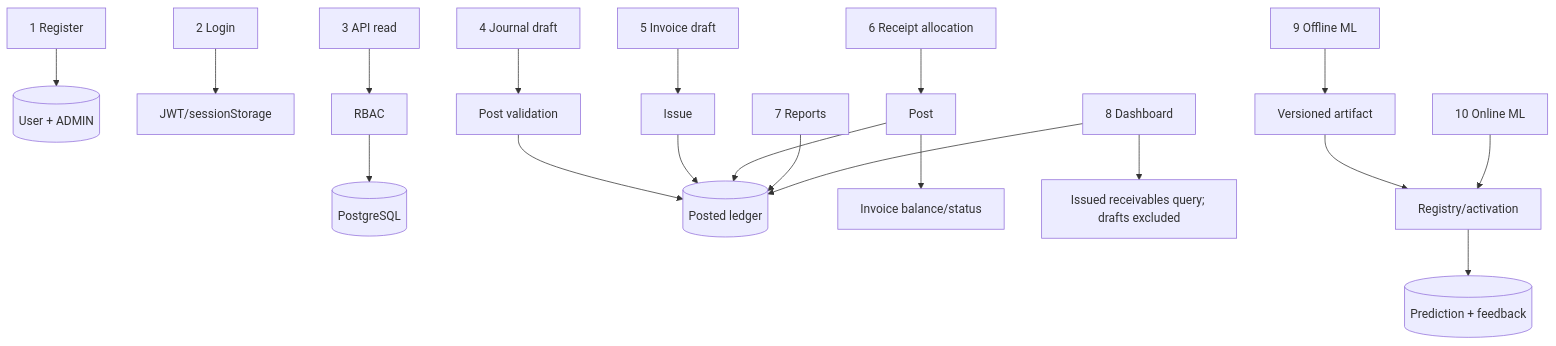
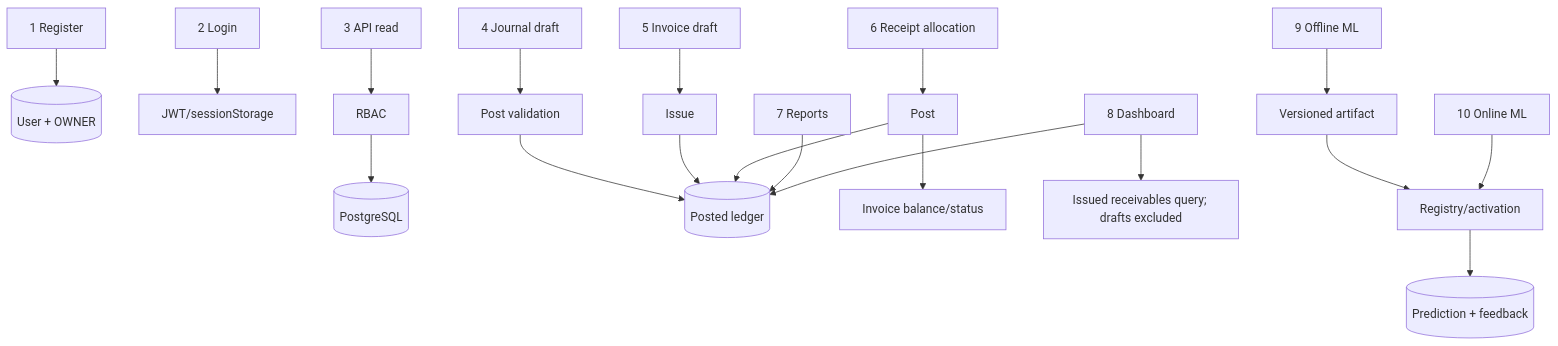
Before and after one commit to koushan123/azari-web-app: diagram 11 of 15 in HOW_THE_PROJECT_WORKS.md, drawn with Mermaid. The commit also changed other lines of this file and 12 other files, not shown here.

Commit message:
Fix critical access-control gap: registration grants OWNER not ADMIN

````diff
--- a/HOW_THE_PROJECT_WORKS.md
+++ b/HOW_THE_PROJECT_WORKS.md
@@ -775,15 +775,15 @@
 ```mermaid
 flowchart TB
-    F1[1 Register] --> U[(User + ADMIN)]
+    F1[1 Register] --> U[(User + OWNER)]
     F2[2 Login] --> JWT[JWT/sessionStorage]
     F3[3 API read] --> RBAC[RBAC] --> DB[(PostgreSQL)]
     F4[4 Journal draft] --> POST[Post validation] --> LEDGER[(Posted ledger)]
     F5[5 Invoice draft] --> ISSUE[Issue] --> LEDGER
     F6[6 Receipt allocation] --> PAY[Post] --> LEDGER
     PAY --> BAL[Invoice balance/status]
     F7[7 Reports] --> LEDGER
     F8[8 Dashboard] --> LEDGER
     F8 --> REC[Issued receivables query; drafts excluded]
     F9[9 Offline ML] --> ART[Versioned artifact] --> REG[Registry/activation]
     F10[10 Online ML] --> REG --> PRED[(Prediction + feedback)]
 ```
````
